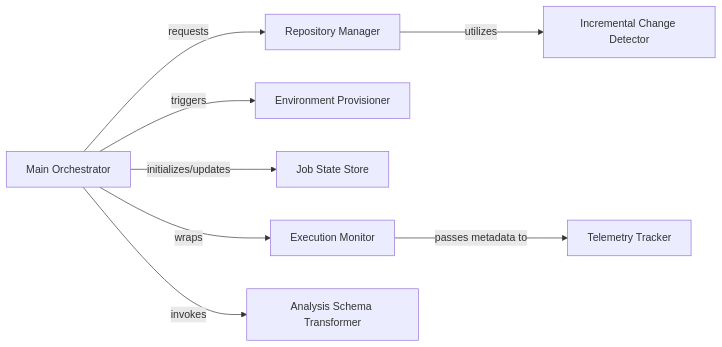
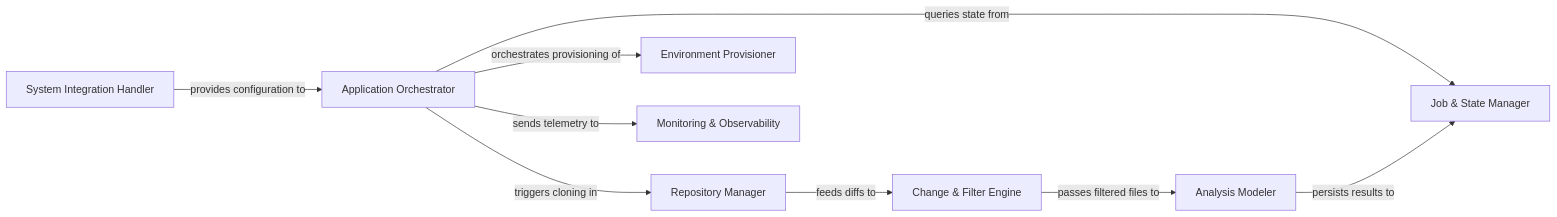
Before and after one commit to CodeBoarding/CodeBoarding: the diagram in .codeboarding/Application_Orchestrator_Repository_Manager.md, drawn with Mermaid. The commit also changed other lines of this file and 5 other files, not shown here.

````diff
--- a/.codeboarding/Application_Orchestrator_Repository_Manager.md
+++ b/.codeboarding/Application_Orchestrator_Repository_Manager.md
@@ -1,18 +1,19 @@
 ```mermaid
 graph LR
-    Main_Orchestrator["Main Orchestrator"]
+    Application_Orchestrator["Application Orchestrator"]
     Repository_Manager["Repository Manager"]
-    Incremental_Change_Detector["Incremental Change Detector"]
+    Change_Filter_Engine["Change & Filter Engine"]
+    Job_State_Manager["Job & State Manager"]
     Environment_Provisioner["Environment Provisioner"]
-    Job_State_Store["Job State Store"]
-    Execution_Monitor["Execution Monitor"]
-    Telemetry_Tracker["Telemetry Tracker"]
-    Analysis_Schema_Transformer["Analysis Schema Transformer"]
-    Main_Orchestrator -- "triggers" --> Environment_Provisioner
-    Main_Orchestrator -- "requests" --> Repository_Manager
-    Repository_Manager -- "utilizes" --> Incremental_Change_Detector
-    Main_Orchestrator -- "initializes/updates" --> Job_State_Store
-    Main_Orchestrator -- "wraps" --> Execution_Monitor
-    Execution_Monitor -- "passes metadata to" --> Telemetry_Tracker
-    Main_Orchestrator -- "invokes" --> Analysis_Schema_Transformer
+    Analysis_Modeler["Analysis Modeler"]
+    Monitoring_Observability["Monitoring & Observability"]
+    System_Integration_Handler["System Integration Handler"]
+    Application_Orchestrator -- "orchestrates provisioning of" --> Environment_Provisioner
+    Application_Orchestrator -- "queries state from" --> Job_State_Manager
+    System_Integration_Handler -- "provides configuration to" --> Application_Orchestrator
+    Application_Orchestrator -- "triggers cloning in" --> Repository_Manager
+    Repository_Manager -- "feeds diffs to" --> Change_Filter_Engine
+    Change_Filter_Engine -- "passes filtered files to" --> Analysis_Modeler
+    Analysis_Modeler -- "persists results to" --> Job_State_Manager
+    Application_Orchestrator -- "sends telemetry to" --> Monitoring_Observability
 ```
````
